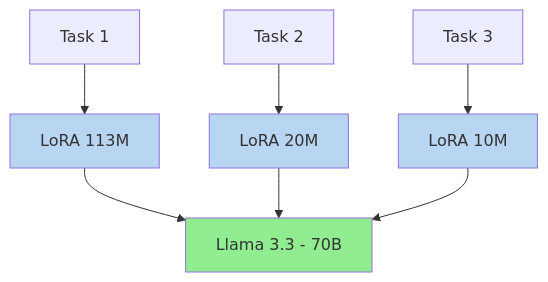
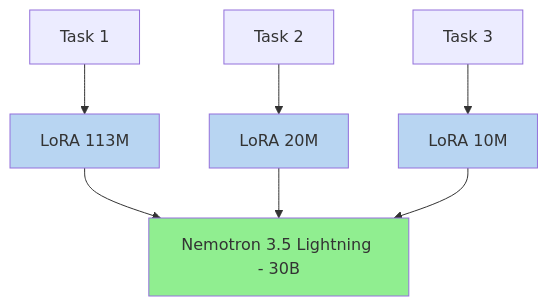
One commit to NVIDIA-NeMo/nemo-helix changed the second of 3 diagrams in docs/customizer/about.mdx. Above: the diagram before and after it, drawn with Mermaid. The commit also changed other lines of this file and 47 other files, not shown here.

````diff
--- a/docs/customizer/about.mdx
+++ b/docs/customizer/about.mdx
@@ -52,15 +52,15 @@
 ```mermaid
 ---
 caption: Parameter-Efficient Fine-Tuning
 ---
 flowchart TD
  P1[Task 1] --> A1[LoRA 113M]
  P2[Task 2] --> A2[LoRA 20M]
  P3[Task 3] --> A3[LoRA 10M]
- A1 & A2 & A3 --> M[Llama 3.3 - 70B]
+ A1 & A2 & A3 --> M[Nemotron 3.5 Lightning - 30B]
 
  style A1 fill:#B8D5F2
  style A2 fill:#B8D5F2
  style A3 fill:#B8D5F2
  style M fill:#90EE90
 ```
````
